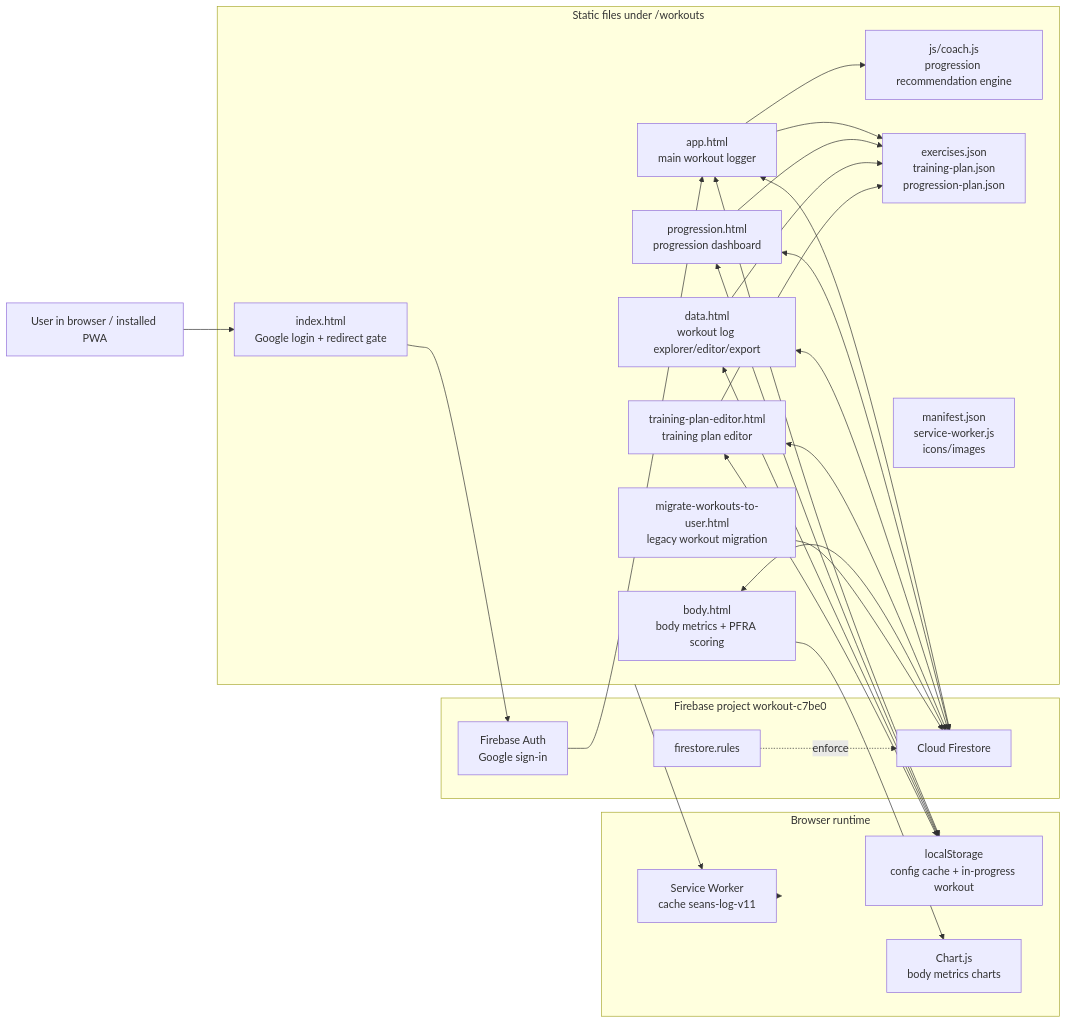
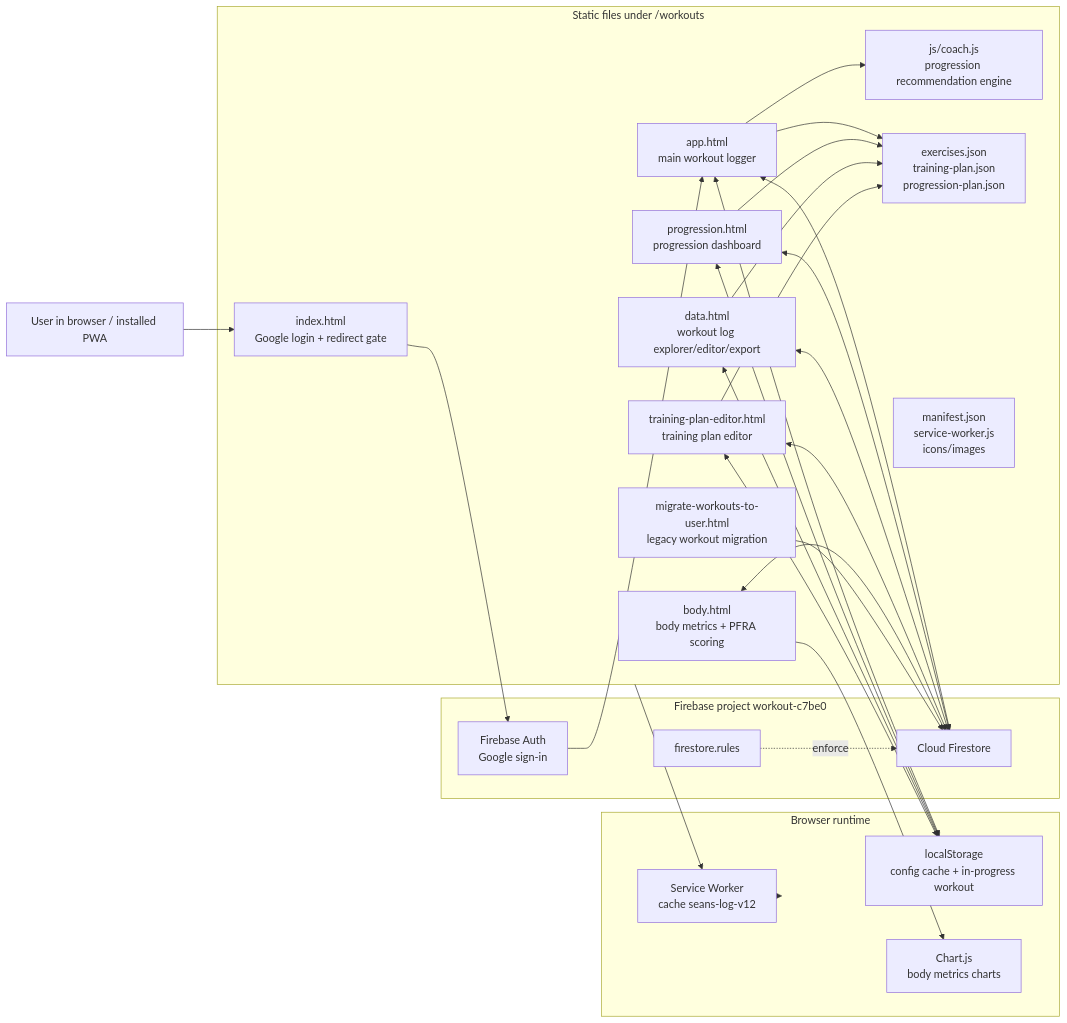
Before and after one commit to 0sps/sull1van.com: the first of 5 diagrams in workouts/WORKOUTS_ARCHITECTURE.md, drawn with Mermaid. The commit also changed other lines of this file and 2 other files, not shown here.

````diff
--- a/workouts/WORKOUTS_ARCHITECTURE.md
+++ b/workouts/WORKOUTS_ARCHITECTURE.md
@@ -13,52 +13,52 @@
 ```mermaid
 flowchart LR
     User["User in browser / installed PWA"]
 
     subgraph Static["Static files under /workouts"]
         Login["index.html<br/>Google login + redirect gate"]
         App["app.html<br/>main workout logger"]
         Progression["progression.html<br/>progression dashboard"]
         Body["body.html<br/>body metrics + PFRA scoring"]
         Data["data.html<br/>workout log explorer/editor/export"]
         Editor["training-plan-editor.html<br/>training plan editor"]
         Migration["migrate-workouts-to-user.html<br/>legacy workout migration"]
         Coach["js/coach.js<br/>progression recommendation engine"]
         Seeds["exercises.json<br/>training-plan.json<br/>progression-plan.json"]
         PWA["manifest.json<br/>service-worker.js<br/>icons/images"]
     end
 
     subgraph Browser["Browser runtime"]
-        SW["Service Worker<br/>cache seans-log-v11"]
+        SW["Service Worker<br/>cache seans-log-v12"]
         LS["localStorage<br/>config cache + in-progress workout"]
         Charts["Chart.js<br/>body metrics charts"]
     end
 
     subgraph Firebase["Firebase project workout-c7be0"]
         Auth["Firebase Auth<br/>Google sign-in"]
         Firestore["Cloud Firestore"]
         Rules["firestore.rules"]
     end
 
     User --> Login
     Login --> Auth
     Auth --> App
     App --> Coach
     App --> Seeds
     Progression --> Seeds
     Data --> Seeds
     Editor --> Seeds
     App <--> LS
     Progression <--> LS
     Data <--> LS
     Editor <--> LS
     Body --> Charts
     Static --> SW
     SW --> Browser
     App <--> Firestore
     Progression <--> Firestore
     Data <--> Firestore
     Editor <--> Firestore
     Body <--> Firestore
     Migration --> Firestore
     Rules -. enforce .-> Firestore
 ```
````
